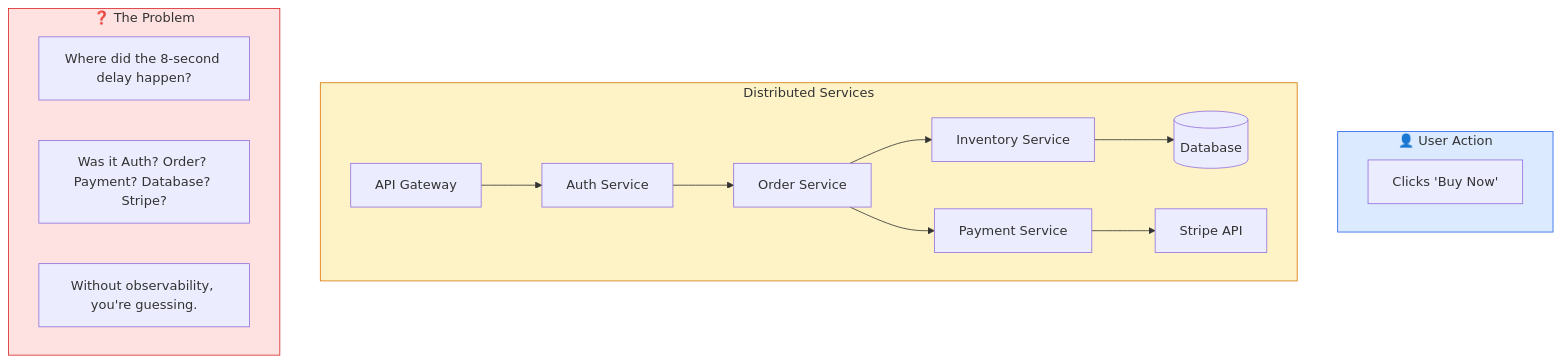
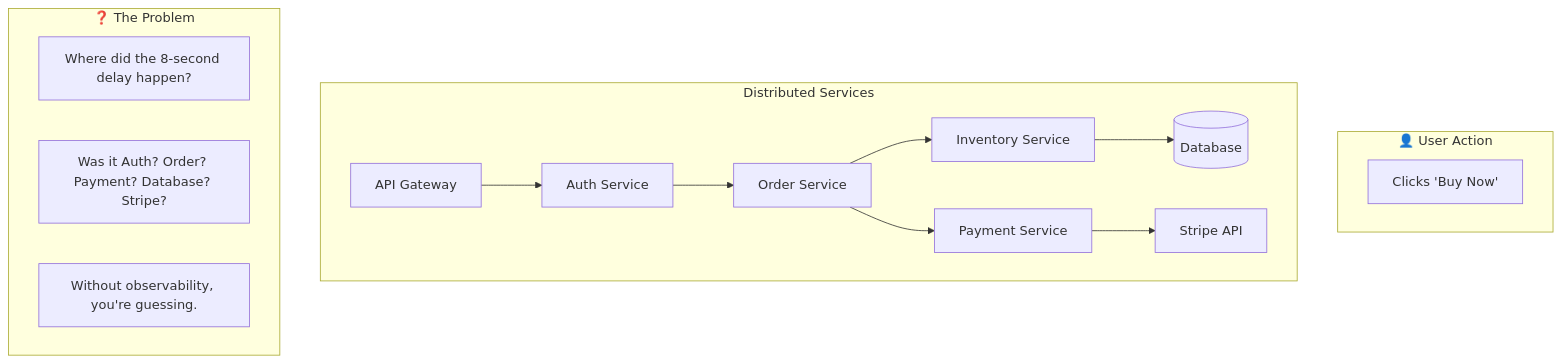
One commit to shivam-g-mishra/blog changed the first of 2 diagrams in docs/observability/introduction.md. Above: the diagram before and after it, drawn with Mermaid. The commit also changed other lines of this file and 23 other files, not shown here.

First line of the commit message:
fix: improve Mermaid diagram visibility in dark mode

````diff
--- a/docs/observability/introduction.md
+++ b/docs/observability/introduction.md
@@ -77,27 +77,23 @@
 ```mermaid
 flowchart TB
     subgraph user["👤 User Action"]
         click["Clicks 'Buy Now'"]
     end
     
     click --> gateway
     
     subgraph services["Distributed Services"]
         gateway["API Gateway"] --> auth["Auth Service"]
         auth --> order["Order Service"]
         order --> inventory["Inventory Service"]
         order --> payment["Payment Service"]
         inventory --> db[(Database)]
         payment --> stripe["Stripe API"]
     end
     
     subgraph question["❓ The Problem"]
         q1["Where did the 8-second delay happen?"]
         q2["Was it Auth? Order? Payment? Database? Stripe?"]
         q3["Without observability, you're guessing."]
     end
-    
-    style user fill:#dbeafe,stroke:#2563eb
-    style services fill:#fef3c7,stroke:#d97706
-    style question fill:#fee2e2,stroke:#dc2626
 ```
````
